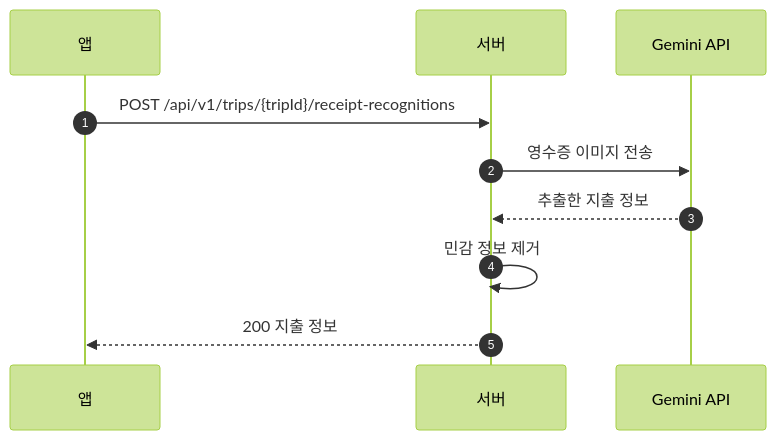
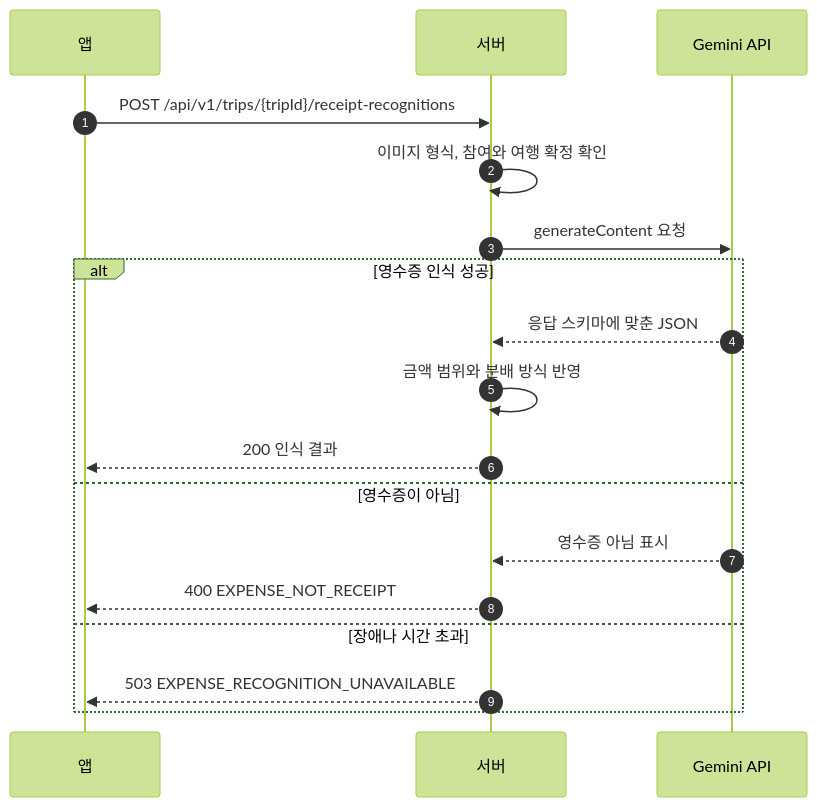
The fourth of 4 diagrams in design/expense.md (JECT-Study/Billit-5th-Docs), drawn with Mermaid (forest theme) before and after one commit. The commit also changed other lines of this file and 3 other files, not shown here.

````diff
--- a/design/expense.md
+++ b/design/expense.md
@@ -381,13 +437,21 @@
 ```mermaid
 sequenceDiagram
     autonumber
     participant App as 앱
     participant Server as 서버
     participant Gemini as Gemini API
 
     App->>Server: POST /api/v1/trips/{tripId}/receipt-recognitions
-    Server->>Gemini: 영수증 이미지 전송
-    Gemini-->>Server: 추출한 지출 정보
-    Server->>Server: 민감 정보 제거
-    Server-->>App: 200 지출 정보
+    Server->>Server: 이미지 형식, 참여와 여행 확정 확인
+    Server->>Gemini: generateContent 요청
+    alt 영수증 인식 성공
+        Gemini-->>Server: 응답 스키마에 맞춘 JSON
+        Server->>Server: 금액 범위와 분배 방식 반영
+        Server-->>App: 200 인식 결과
+    else 영수증이 아님
+        Gemini-->>Server: 영수증 아님 표시
+        Server-->>App: 400 EXPENSE_NOT_RECEIPT
+    else 장애나 시간 초과
+        Server-->>App: 503 EXPENSE_RECOGNITION_UNAVAILABLE
+    end
 ```
````
